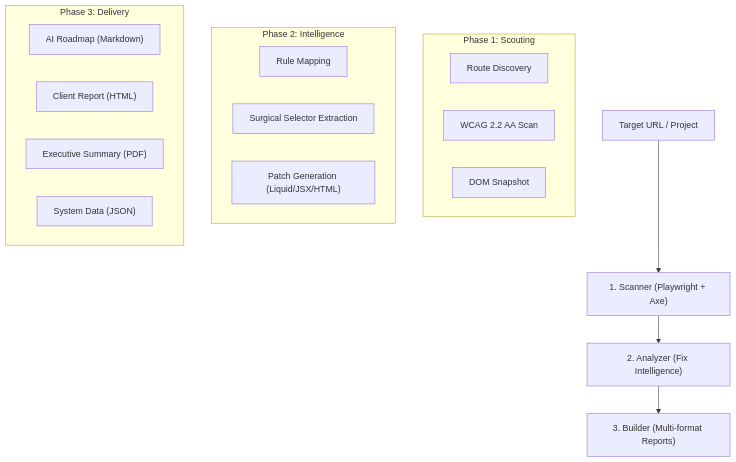
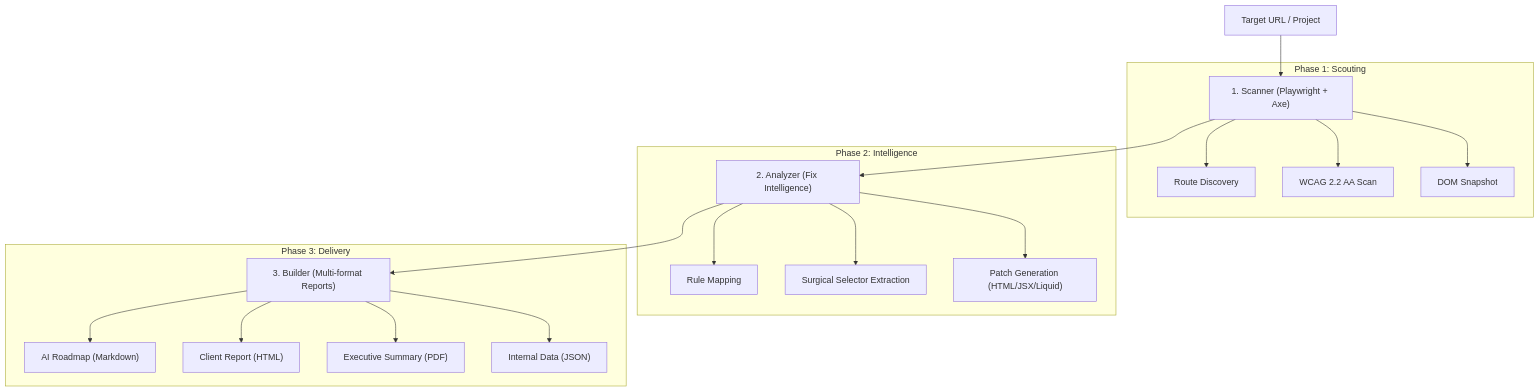
Before and after one commit to diegovelasquezweb/a11y-skill: the first of 2 diagrams in docs/architecture.md, drawn with Mermaid. The commit also changed other lines of this file and 3 other files, not shown here.

Commit message:
docs: Add Table of Contents to A11y skill documentation and refine the architecture diagram.

````diff
--- a/docs/architecture.md
+++ b/docs/architecture.md
@@ -11,25 +17,30 @@
 ```mermaid
 graph TD
-    A["Target URL / Project"] --> B["1. Scanner (Playwright + Axe)"]
-    B --> C["2. Analyzer (Fix Intelligence)"]
-    C --> D["3. Builder (Multi-format Reports)"]
+    A["Target URL / Project"]
 
-    subgraph "Phase 1: Scouting"
-        B1["Route Discovery"]
-        B2["WCAG 2.2 AA Scan"]
-        B3["DOM Snapshot"]
+    subgraph P1["Phase 1: Scouting"]
+        B["1. Scanner (Playwright + Axe)"]
+        B --> B1["Route Discovery"]
+        B --> B2["WCAG 2.2 AA Scan"]
+        B --> B3["DOM Snapshot"]
     end
 
-    subgraph "Phase 2: Intelligence"
-        C1["Rule Mapping"]
-        C2["Surgical Selector Extraction"]
-        C3["Patch Generation (Liquid/JSX/HTML)"]
+    subgraph P2["Phase 2: Intelligence"]
+        C["2. Analyzer (Fix Intelligence)"]
+        C --> C1["Rule Mapping"]
+        C --> C2["Surgical Selector Extraction"]
+        C --> C3["Patch Generation (HTML/JSX/Liquid)"]
     end
 
-    subgraph "Phase 3: Delivery"
-        D1["AI Roadmap (Markdown)"]
-        D2["Client Report (HTML)"]
-        D3["Executive Summary (PDF)"]
-        D4["System Data (JSON)"]
+    subgraph P3["Phase 3: Delivery"]
+        D["3. Builder (Multi-format Reports)"]
+        D --> D1["AI Roadmap (Markdown)"]
+        D --> D2["Client Report (HTML)"]
+        D --> D3["Executive Summary (PDF)"]
+        D --> D4["Internal Data (JSON)"]
     end
+
+    A --> B
+    B --> C
+    C --> D
 ```
````
